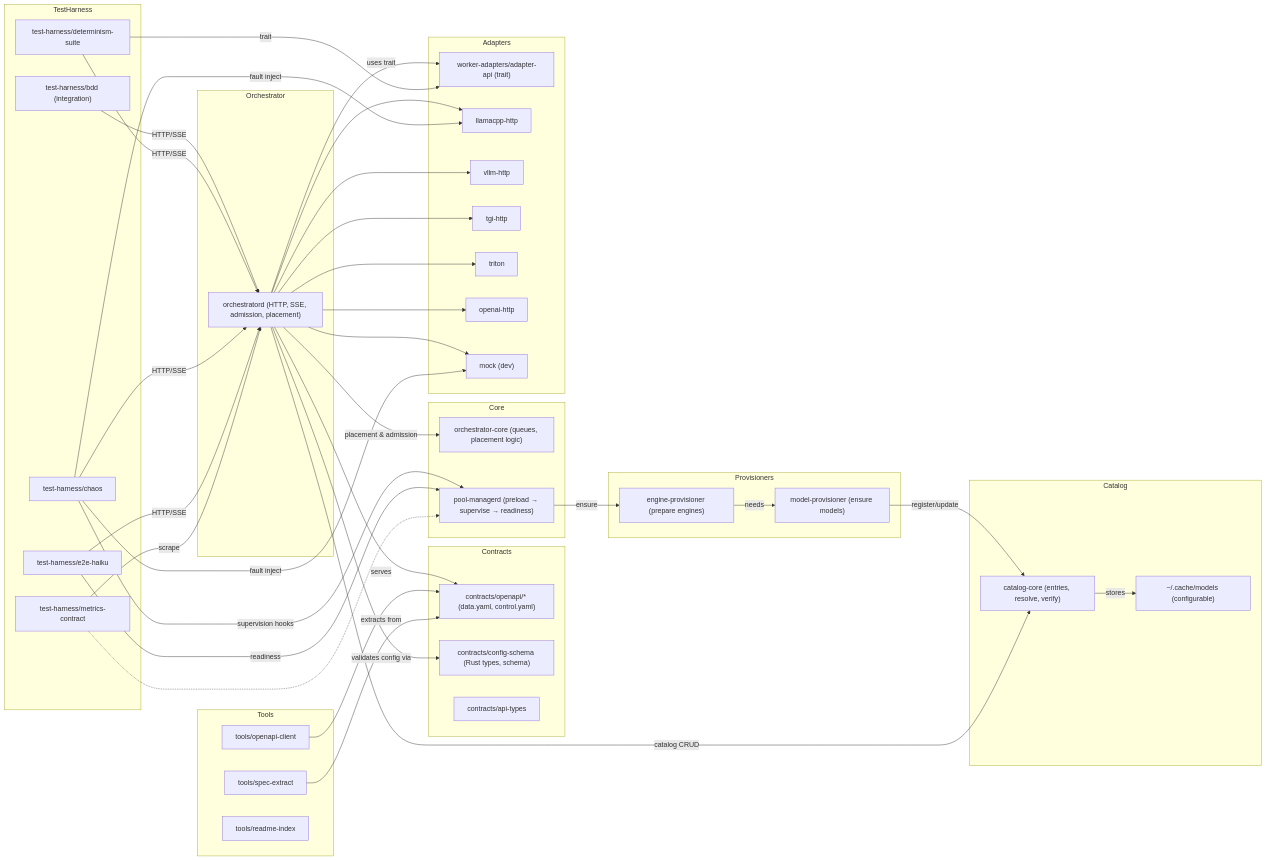
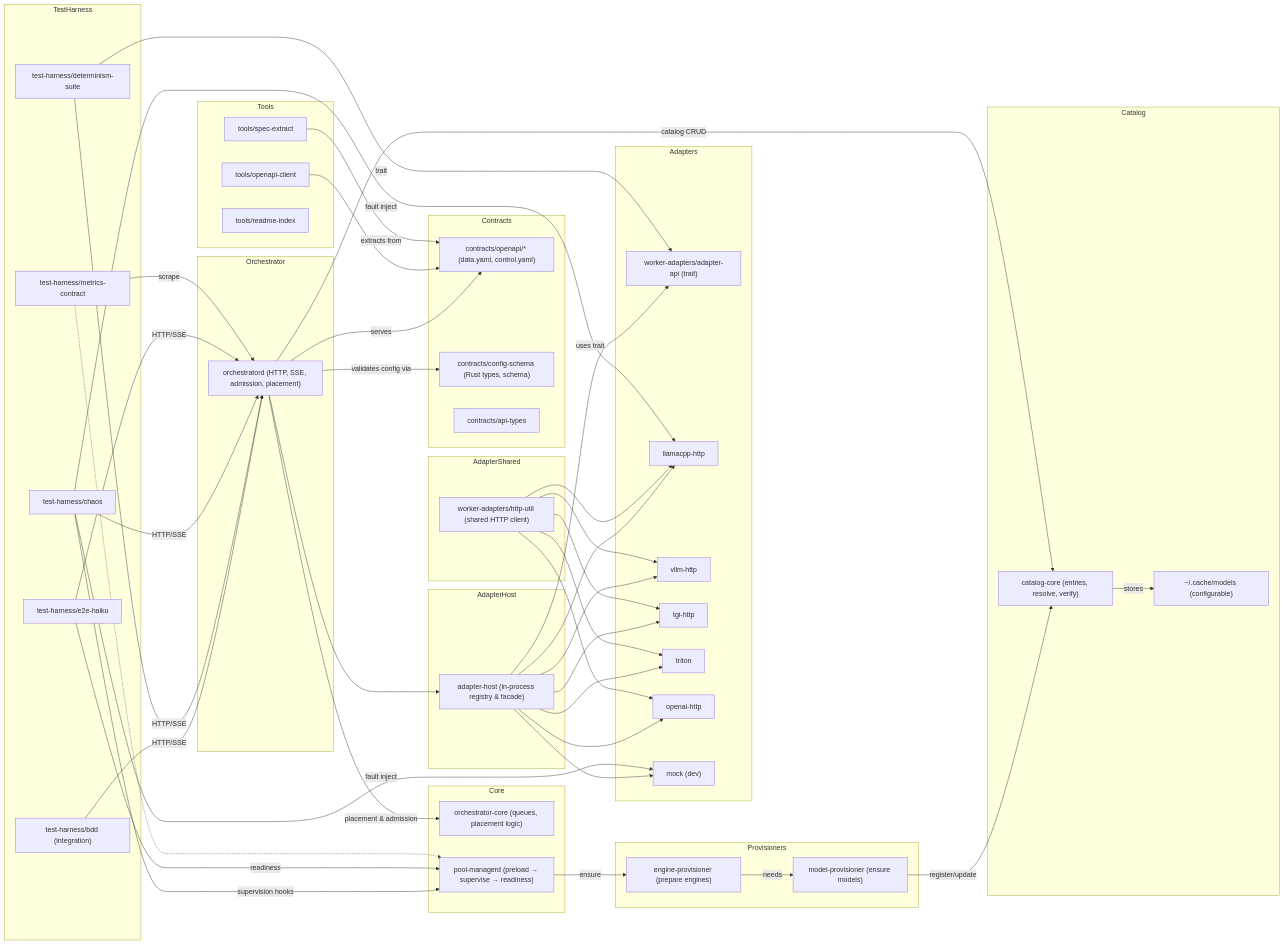
The first of 4 diagrams in README.md (veighnsche/llama-orch), drawn with Mermaid before and after one commit. The commit also changed other lines of this file and 20 other files, not shown here.

```diff
--- a/README.md
+++ b/README.md
@@ -60,6 +60,10 @@
     orchd["orchestratord (HTTP, SSE, admission, placement)"]
   end
 
+  subgraph AdapterHost
+    adapter_host["adapter-host (in-process registry & facade)"]
+  end
+
   subgraph Adapters
     adapter_api["worker-adapters/adapter-api (trait)"]
     adapt_llama["llamacpp-http"]
@@ -68,6 +72,10 @@
     adapt_triton["triton"]
     adapt_openai["openai-http"]
     adapt_mock["mock (dev)"]
+  end
+
+  subgraph AdapterShared
+    http_util["worker-adapters/http-util (shared HTTP client)"]
   end
 
   subgraph Provisioners
@@ -98,15 +106,23 @@
   orchd -->|placement & admission| orch_core
   orchd -->|serves| contracts_openapi
   orchd -->|validates config via| contracts_schema
-  orchd -->|uses trait| adapter_api
+  orchd --> adapter_host
+  adapter_host -->|uses trait| adapter_api
 
   %% Adapters are plugged under orchestrator (not core)
-  orchd --> adapt_mock
-  orchd --> adapt_llama
-  orchd --> adapt_vllm
-  orchd --> adapt_tgi
-  orchd --> adapt_triton
-  orchd --> adapt_openai
+  adapter_host --> adapt_mock
+  adapter_host --> adapt_llama
+  adapter_host --> adapt_vllm
+  adapter_host --> adapt_tgi
+  adapter_host --> adapt_triton
+  adapter_host --> adapt_openai
+
+  %% Shared HTTP util consumed by adapters
+  http_util --> adapt_llama
+  http_util --> adapt_vllm
+  http_util --> adapt_tgi
+  http_util --> adapt_triton
+  http_util --> adapt_openai
 
   %% Manager prepares engines; publishes readiness to orchestrator
   pool_mgr -->|ensure| engine_prov
```
